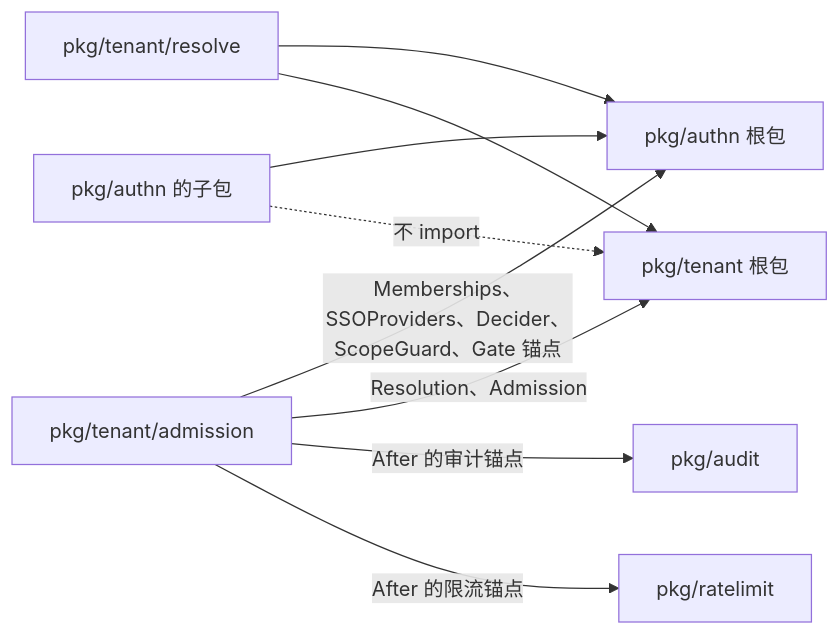
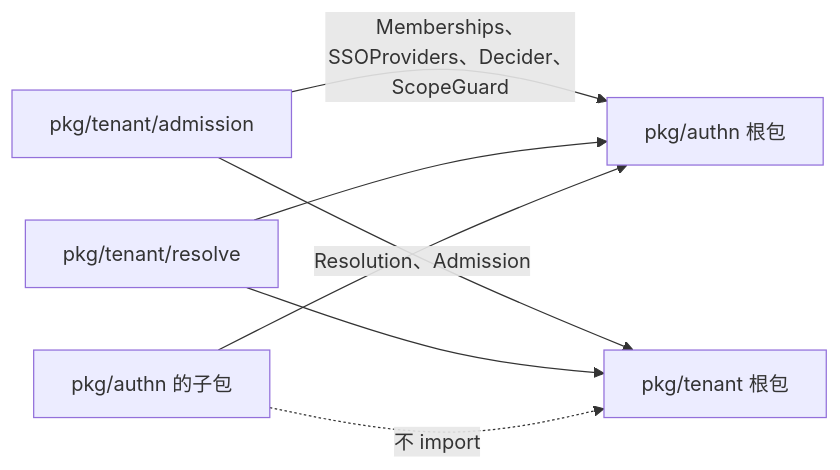
The diagram in docs/adr/adr-tenant-admission-2026-10-10.md (wangzw/speed), drawn with Mermaid before and after one commit. The commit also changed other lines of this file and 17 other files, not shown here.

First line of the commit message:
docs(authn,tenant,ratelimit,audit): describe a layer's position by stage

````diff
--- a/docs/adr/adr-tenant-admission-2026-10-10.md
+++ b/docs/adr/adr-tenant-admission-2026-10-10.md
@@ -79,19 +79,15 @@
 ```mermaid
 flowchart LR
     admission["pkg/tenant/admission"]
     resolve["pkg/tenant/resolve"]
     tenantRoot["pkg/tenant 根包"]
     authnRoot["pkg/authn 根包"]
     authnSub["pkg/authn 的子包"]
-    audit["pkg/audit"]
-    rl["pkg/ratelimit"]
 
-    admission -->|"Memberships、SSOProviders、Decider、ScopeGuard、Gate 锚点"| authnRoot
+    admission -->|"Memberships、SSOProviders、Decider、ScopeGuard"| authnRoot
     admission -->|"Resolution、Admission"| tenantRoot
-    admission -->|"After 的审计锚点"| audit
-    admission -->|"After 的限流锚点"| rl
     resolve --> authnRoot
     resolve --> tenantRoot
     authnSub --> authnRoot
     authnSub -.->|"不 import"| tenantRoot
 ```
````
